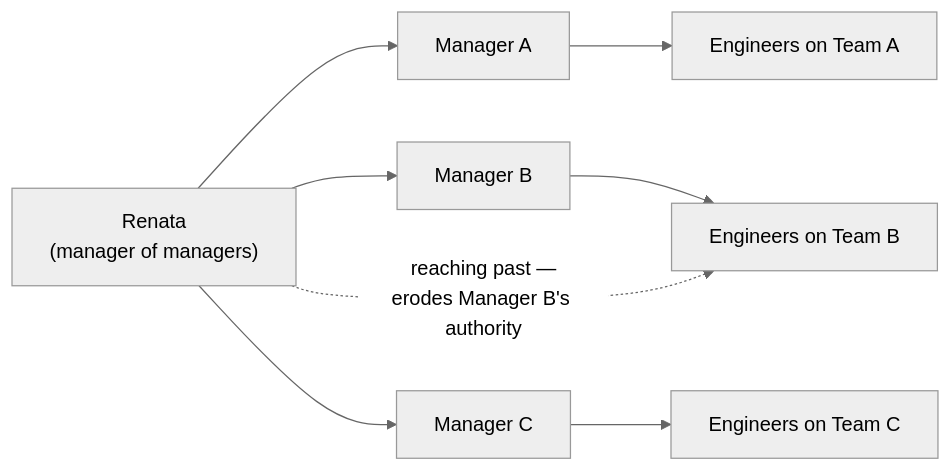
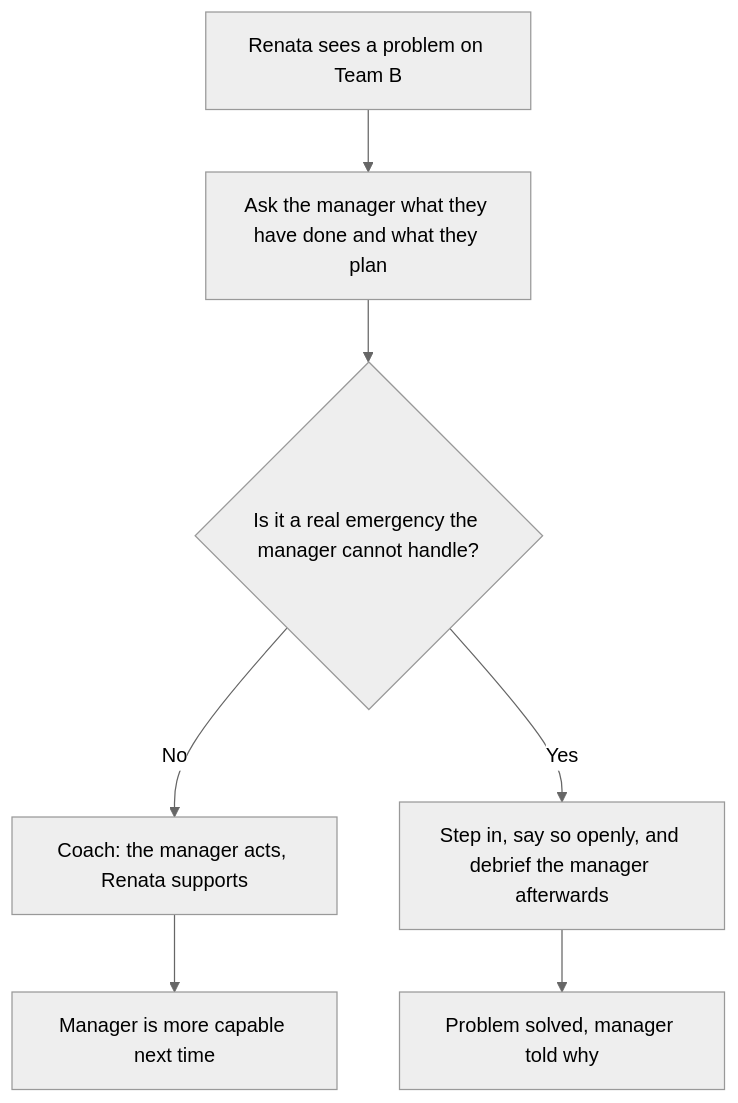
The diagram in src/content/people-management/management-managers/L2-concept.mdx (francoandreDev/knowledge), drawn with Mermaid (neutral theme) before and after one commit. The commit also changed other lines of this file and 16 other files, not shown here.

````diff
--- a/src/content/people-management/management-managers/L2-concept.mdx
+++ b/src/content/people-management/management-managers/L2-concept.mdx
@@ -37,10 +42,9 @@
 ```mermaid
-flowchart LR
-    R["Renata\n(manager of managers)"] --> M1["Manager A"]
-    R --> M2["Manager B"]
-    R --> M3["Manager C"]
-    M1 --> E1["Engineers on Team A"]
-    M2 --> E2["Engineers on Team B"]
-    M3 --> E3["Engineers on Team C"]
-    R -.->|"reaching past —\nerodes Manager B's authority"| E2
+flowchart TD
+    P["Renata sees a problem on Team B"] --> Q["Ask the manager what they have done and what they plan"]
+    Q --> R{"Is it a real emergency the manager cannot handle?"}
+    R -->|"No"| S["Coach: the manager acts, Renata supports"]
+    R -->|"Yes"| T["Step in, say so openly, and debrief the manager afterwards"]
+    S --> U["Manager is more capable next time"]
+    T --> V["Problem solved, manager told why"]
 ```
````
